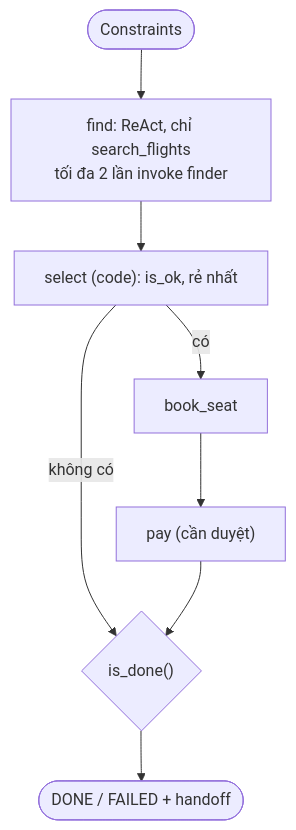
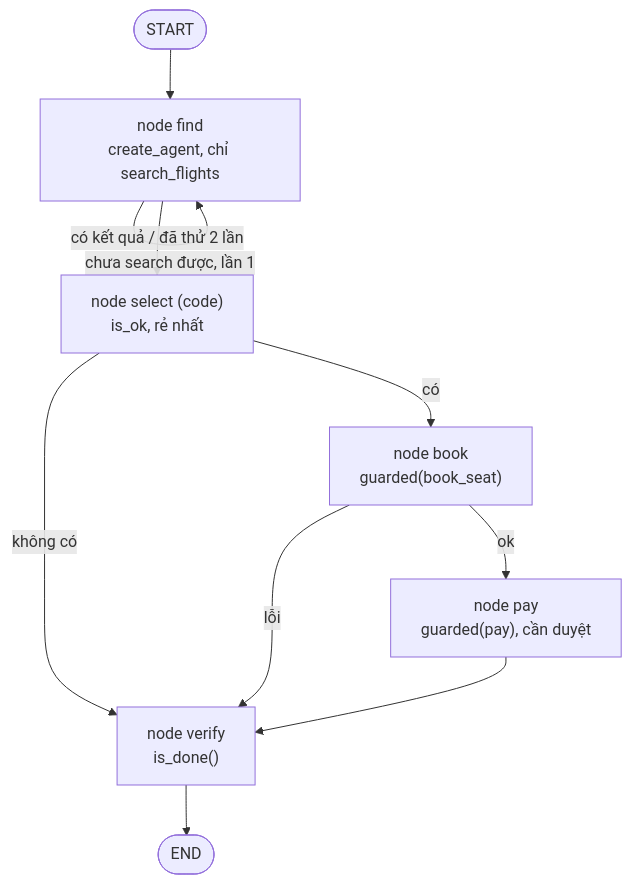
Before and after one commit to hohoangluan/btvn3-flight-booking-agent: the third of 4 diagrams in BAOCAO.md, drawn with Mermaid. The commit also changed other lines of this file and 4 other files, not shown here.

````diff
--- a/BAOCAO.md
+++ b/BAOCAO.md
@@ -175,8 +188,11 @@
 ```mermaid
 flowchart TD
-    IN(["Constraints"]) --> F["find: ReAct, chỉ search_flights<br/>tối đa 2 lần invoke finder"]
-    F --> SEL["select (code): is_ok, rẻ nhất"]
+    S([START]) --> F["node find<br/>create_agent, chỉ search_flights"]
+    F -->|"chưa search được, lần 1"| F
+    F -->|"có kết quả / đã thử 2 lần"| SEL["node select (code)<br/>is_ok, rẻ nhất"]
     SEL -->|"không có"| V
-    SEL -->|"có"| BK["book_seat"] --> PY["pay (cần duyệt)"] --> V{"is_done()"}
-    V --> O(["DONE / FAILED + handoff"])
+    SEL -->|"có"| BK["node book<br/>guarded(book_seat)"]
+    BK -->|"lỗi"| V
+    BK -->|"ok"| PY["node pay<br/>guarded(pay), cần duyệt"] --> V["node verify<br/>is_done()"]
+    V --> E([END])
 ```
````
